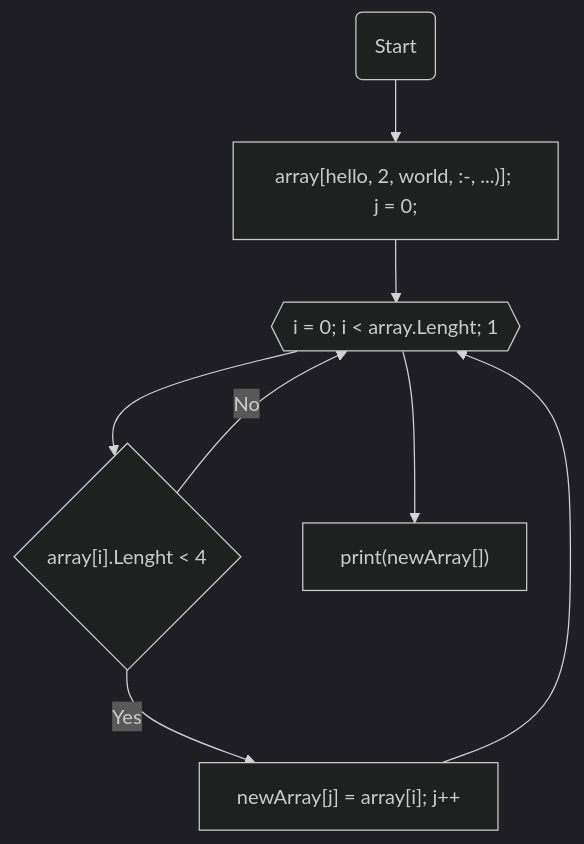
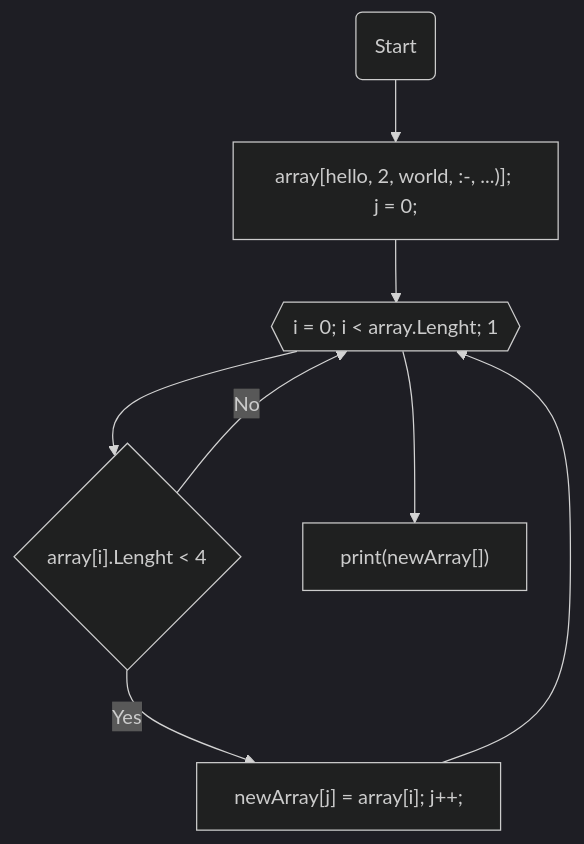
One commit to Adalberto777/FinalTestWork changed the diagram in README.md. Above: the diagram before and after it, drawn with Mermaid (dark theme).

Commit message:
block diagram

````diff
--- a/README.md
+++ b/README.md
@@ -14,10 +14,10 @@
 ```mermaid
   graph TB;       
     node1(Start)  --> node2["array[hello, 2, world, :-, ...)]; j = 0;"];
     node2["array[hello, 2, world, :-, ...)]; j = 0;"] --> node3{{"i = 0; i < array.Lenght; 1"}};
     node3{{"i = 0; i < array.Lenght; 1"}} --> node4{"array[i].Lenght < 4"};
-    node4{"array[i].Lenght < 4"} -- Yes --> node5["newArray[j] = array[i]; j++"];
-    node5["newArray[j] = array[i]; j++"] --> node3{{"i = 0; i < array.Lenght; 1"}};
+    node4{"array[i].Lenght < 4"} -- Yes --> node5["newArray[j] = array[i]; j++;"];
+    node5["newArray[j] = array[i]; j++;"] --> node3{{"i = 0; i < array.Lenght; 1"}};
     node4{"array[i].Lenght < 4"} -- No --> node3{{"i=0; i<array.Lenght;1"}};
     node3{{"i = 0; i < array.Lenght; 1"}} --> node6["print(newArray[])"];
 ```
````
